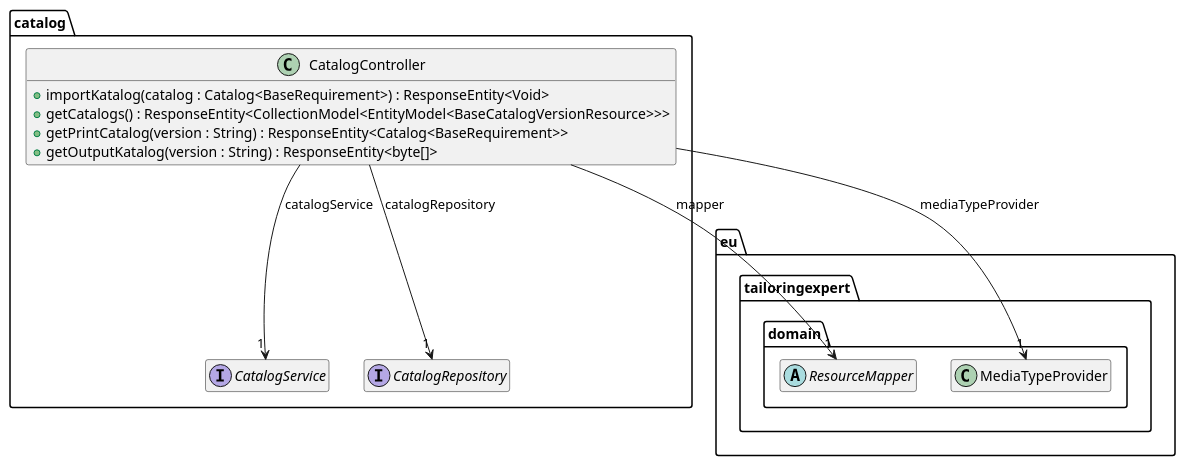
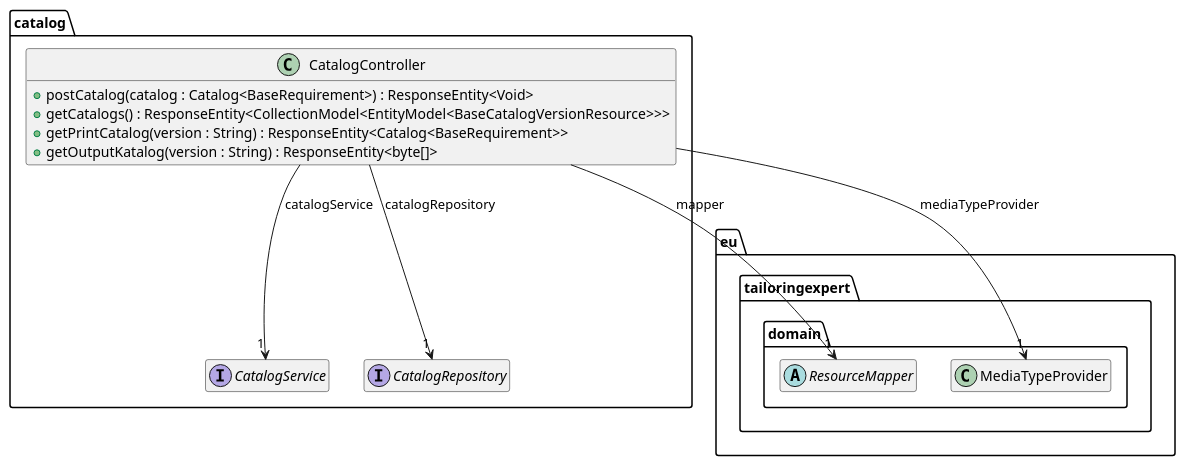
The diagram in src/site/arc42/plantuml/rest/catalog/Ebene3.plantuml (tailoringexpert/platform), drawn with PlantUML before and after one commit. The commit also changed 69 other files, not shown here.

```diff
--- a/src/site/arc42/plantuml/rest/catalog/Ebene3.plantuml
+++ b/src/site/arc42/plantuml/rest/catalog/Ebene3.plantuml
@@ -1,32 +1,32 @@
 @startuml
 hide empty members
 
 package eu.tailoringexpert {
     package domain {
         abstract class ResourceMapper
         class MediaTypeProvider
     }
 }
 
 package catalog {
 
     interface CatalogService {
     }
 
     interface CatalogRepository {
     }
 
     class CatalogController {
-        +importKatalog(catalog : Catalog<BaseRequirement>) : ResponseEntity<Void>
+        +postCatalog(catalog : Catalog<BaseRequirement>) : ResponseEntity<Void>
         +getCatalogs() : ResponseEntity<CollectionModel<EntityModel<BaseCatalogVersionResource>>>
         +getPrintCatalog(version : String) : ResponseEntity<Catalog<BaseRequirement>>
         +getOutputKatalog(version : String) : ResponseEntity<byte[]>
     }
 
 
     CatalogController --> "1" ResourceMapper : mapper
     CatalogController --> "1" CatalogService : catalogService
     CatalogController --> "1" CatalogRepository : catalogRepository
     CatalogController --> "1" MediaTypeProvider : mediaTypeProvider
 }
 @enduml
```
